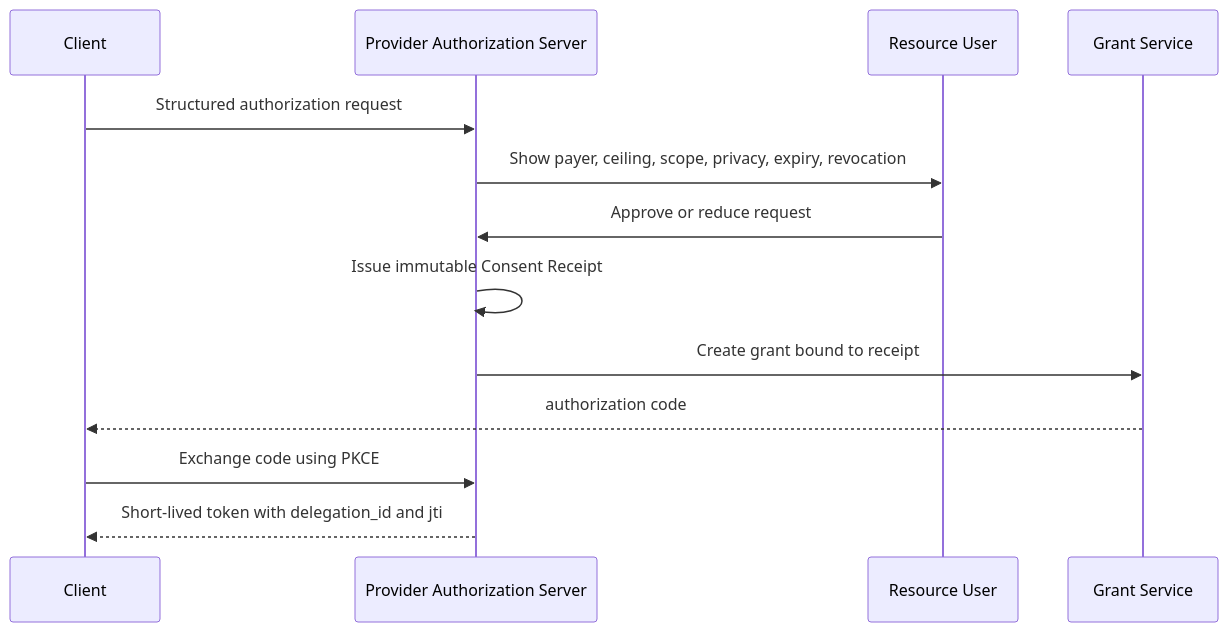
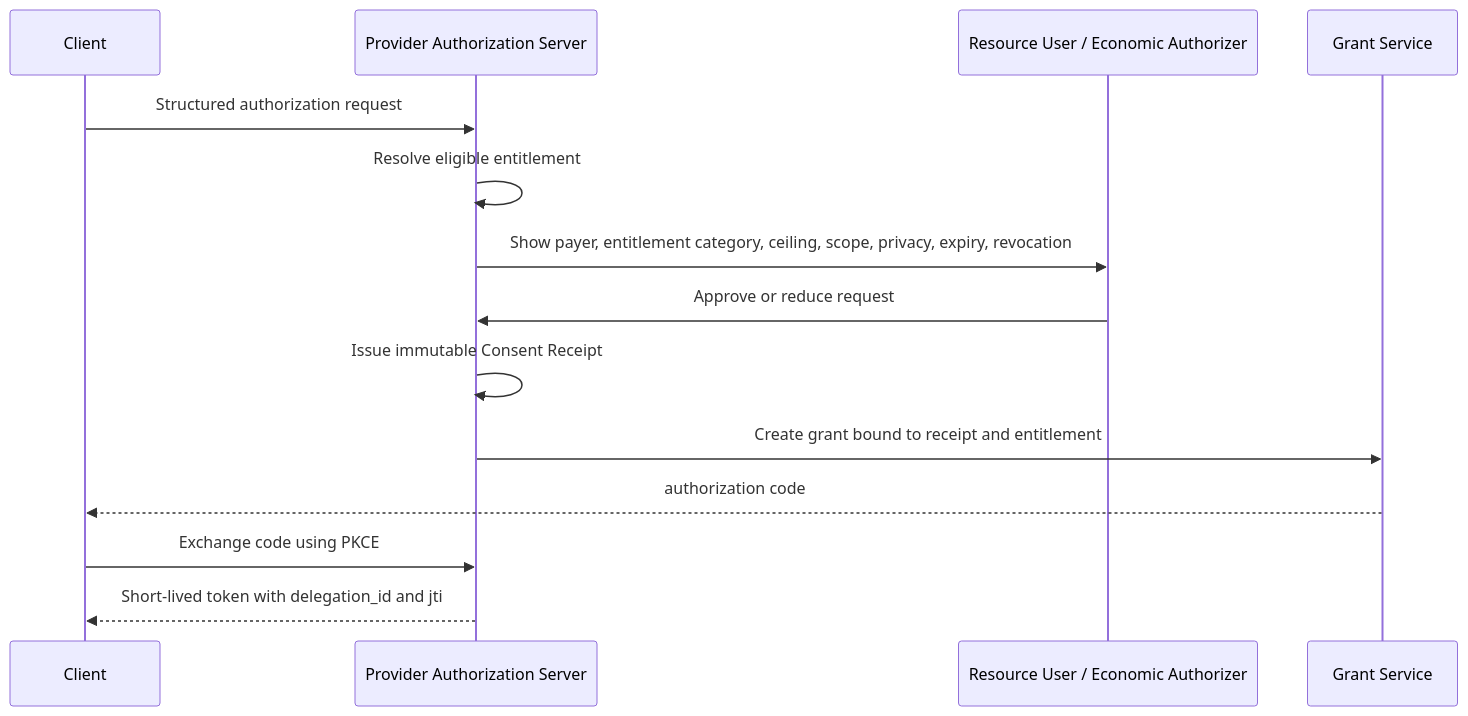
One commit to MJohnstonAI/ai-billing-delegation changed the eighth of 15 diagrams in FLOWS.md. Above: the diagram before and after it, drawn with Mermaid. The commit also changed other lines of this file and 11 other files, not shown here.

````diff
--- a/FLOWS.md
+++ b/FLOWS.md
@@ -89,16 +164,17 @@
 ```mermaid
 sequenceDiagram
     participant A as Client
     participant AS as Provider Authorization Server
-    participant U as Resource User
+    participant U as Resource User / Economic Authorizer
     participant G as Grant Service
 
     A->>AS: Structured authorization request
-    AS->>U: Show payer, ceiling, scope, privacy, expiry, revocation
+    AS->>AS: Resolve eligible entitlement
+    AS->>U: Show payer, entitlement category, ceiling, scope, privacy, expiry, revocation
     U->>AS: Approve or reduce request
     AS->>AS: Issue immutable Consent Receipt
-    AS->>G: Create grant bound to receipt
+    AS->>G: Create grant bound to receipt and entitlement
     G-->>A: authorization code
     A->>AS: Exchange code using PKCE
     AS-->>A: Short-lived token with delegation_id and jti
 ```
````
